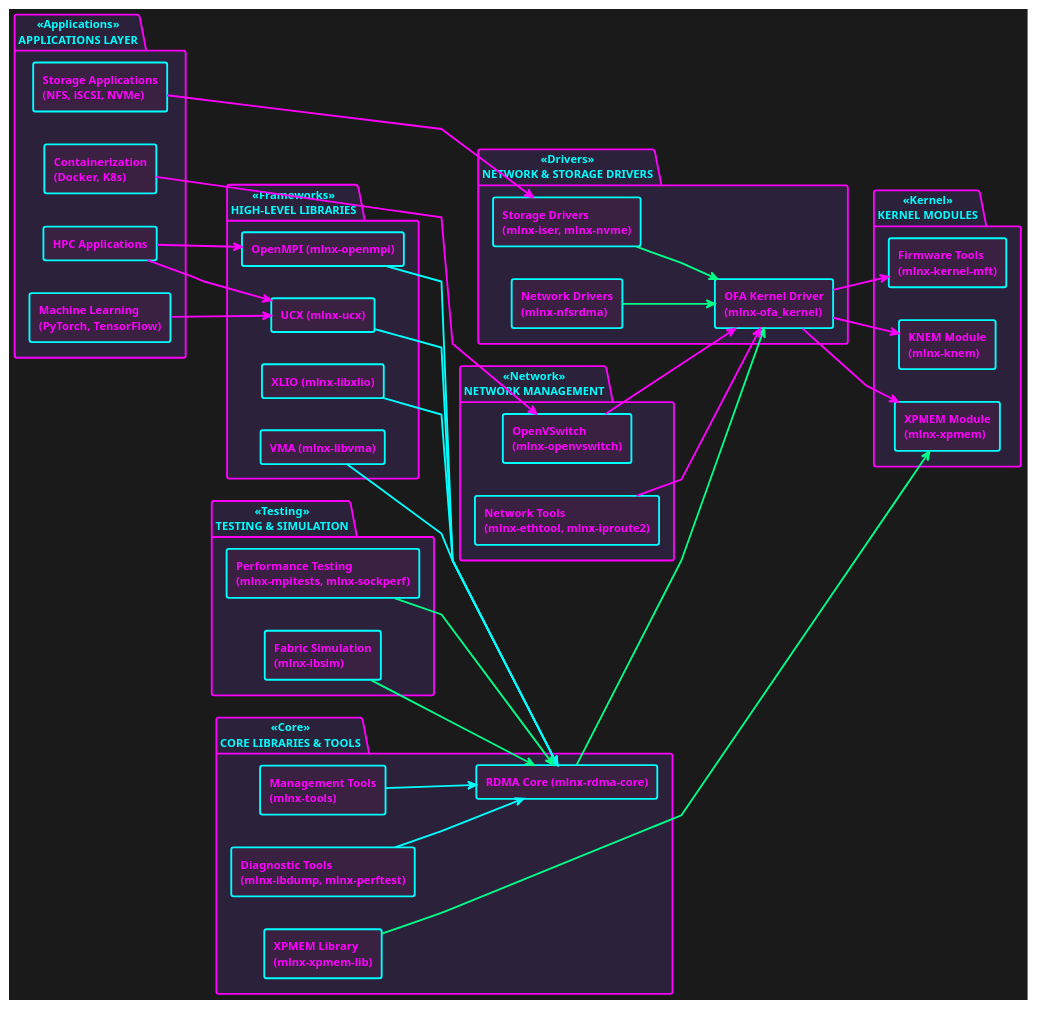
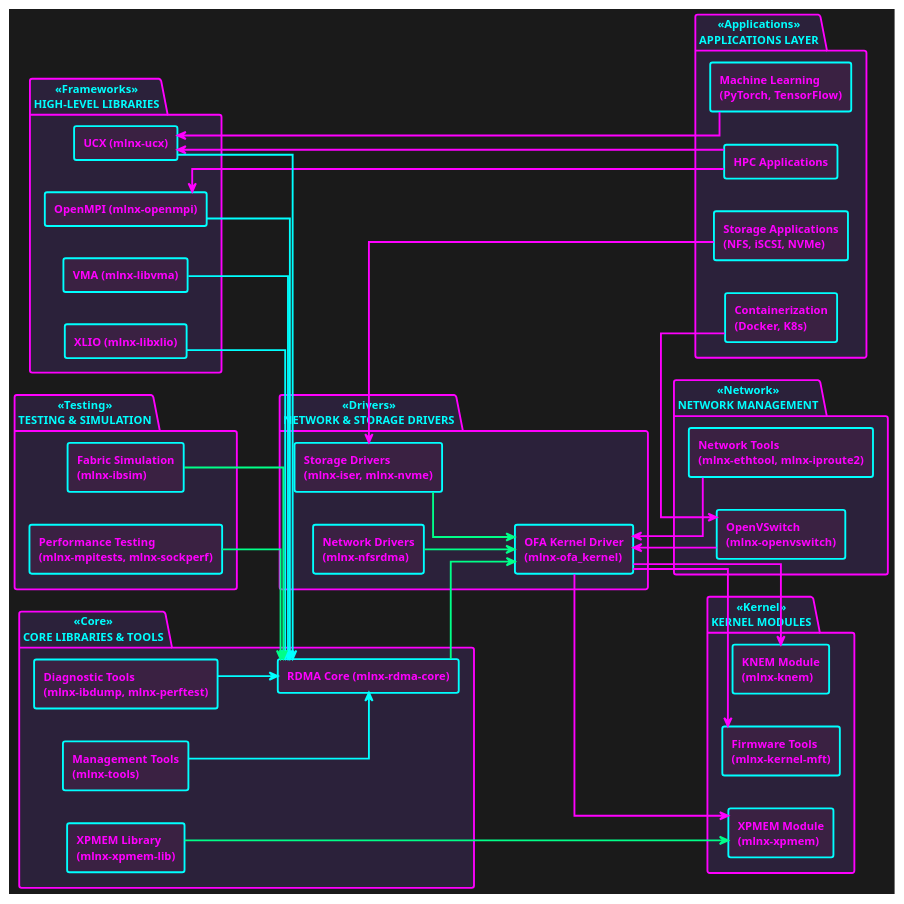
Before and after one commit to ixaxaar/mofed-aur: the diagram in README.md, drawn with PlantUML. The commit also changed 2 other files, not shown here.

Commit message:
update diagram

````diff
--- a/README.md
+++ b/README.md
@@ -14,7 +14,7 @@
 'top to bottom direction
 left to right direction
 
-skinparam linetype polyline
+skinparam linetype ortho
 
 skinparam componentStyle rectangle
 skinparam backgroundColor #1a1a1a
@@ -92,11 +92,11 @@
 }
 
 ' Relationships with neon colors
-hpc -[#ff00ff]-> openmpi
-hpc -[#ff00ff]-> ucx
-ml -[#ff00ff]-> ucx
-storage -[#ff00ff]-> storage_drivers
-containers -[#ff00ff]-> ovs
+hpc -[#ff00ff]left-> openmpi
+hpc -[#ff00ff]left-> ucx
+ml -[#ff00ff]left-> ucx
+storage -[#ff00ff]left-> storage_drivers
+containers -[#ff00ff]left-> ovs
 
 openmpi -[#00ffff]-> rdma_core
 ucx -[#00ffff]-> rdma_core
@@ -118,8 +118,8 @@
 perf_test -[#00ff88]-> rdma_core
 ibsim -[#00ff88]-> rdma_core
 
-ovs -[#ff00ff]-> ofa
-nettools -[#ff00ff]-> ofa
+ovs -[#ff00ff]up-> ofa
+nettools -[#ff00ff]up-> ofa
 
 @enduml
 ```
````
